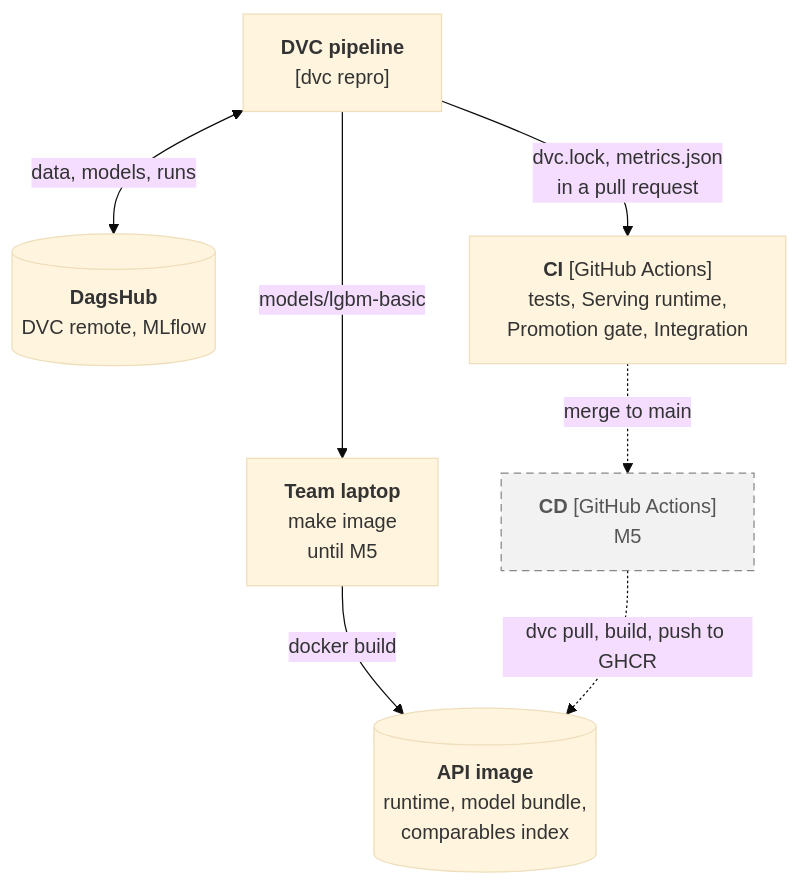
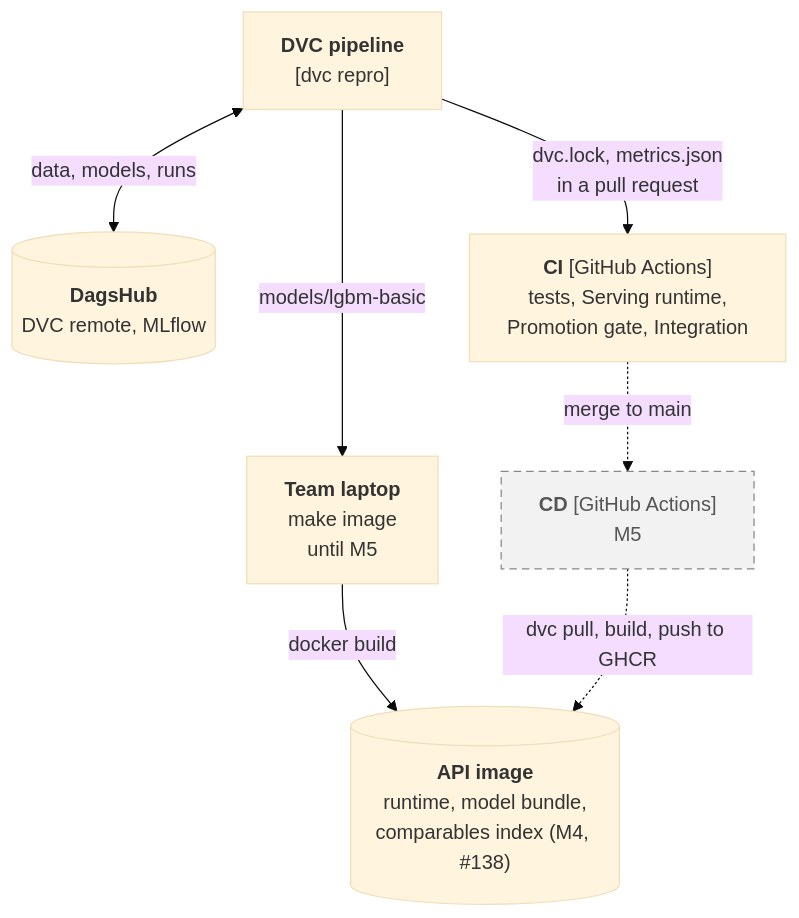
The second of 3 diagrams in docs/docs/architecture.md (mlops-2627q1-mds-upc/MLOPS_Recommenditos), drawn with Mermaid (base theme) before and after one commit. The commit also changed other lines of this file, not shown here.

Commit message:
docs: mark the comparables index as M4 in the image node and point image delivery at the API container

````diff
--- a/docs/docs/architecture.md
+++ b/docs/docs/architecture.md
@@ -58,19 +58,19 @@
 ```mermaid
 flowchart TB
     b_dagshub[("<b>DagsHub</b><br/>DVC remote, MLflow")]
     b_dvc["<b>DVC pipeline</b><br/>[dvc repro]"]
     b_ci["<b>CI</b> [GitHub Actions]<br/>tests, Serving runtime,<br/>Promotion gate, Integration"]
     b_laptop["<b>Team laptop</b><br/>make image<br/>until M5"]
     b_cd["<b>CD</b> [GitHub Actions]<br/>M5"]
-    b_image[("<b>API image</b><br/>runtime, model bundle,<br/>comparables index")]
+    b_image[("<b>API image</b><br/>runtime, model bundle,<br/>comparables index (M4, #138)")]
 
     b_dvc <-->|"data, models, runs"| b_dagshub
     b_dvc -->|"dvc.lock, metrics.json<br/>in a pull request"| b_ci
     b_ci -.->|"merge to main"| b_cd
     b_dvc -->|"models/lgbm-basic"| b_laptop
     b_laptop -->|"docker build"| b_image
     b_cd -.->|"dvc pull, build, push to GHCR"| b_image
 
     classDef later fill:#f2f2f2,stroke:#888,color:#555,stroke-dasharray:6 4
     class b_cd later
 ```
````
